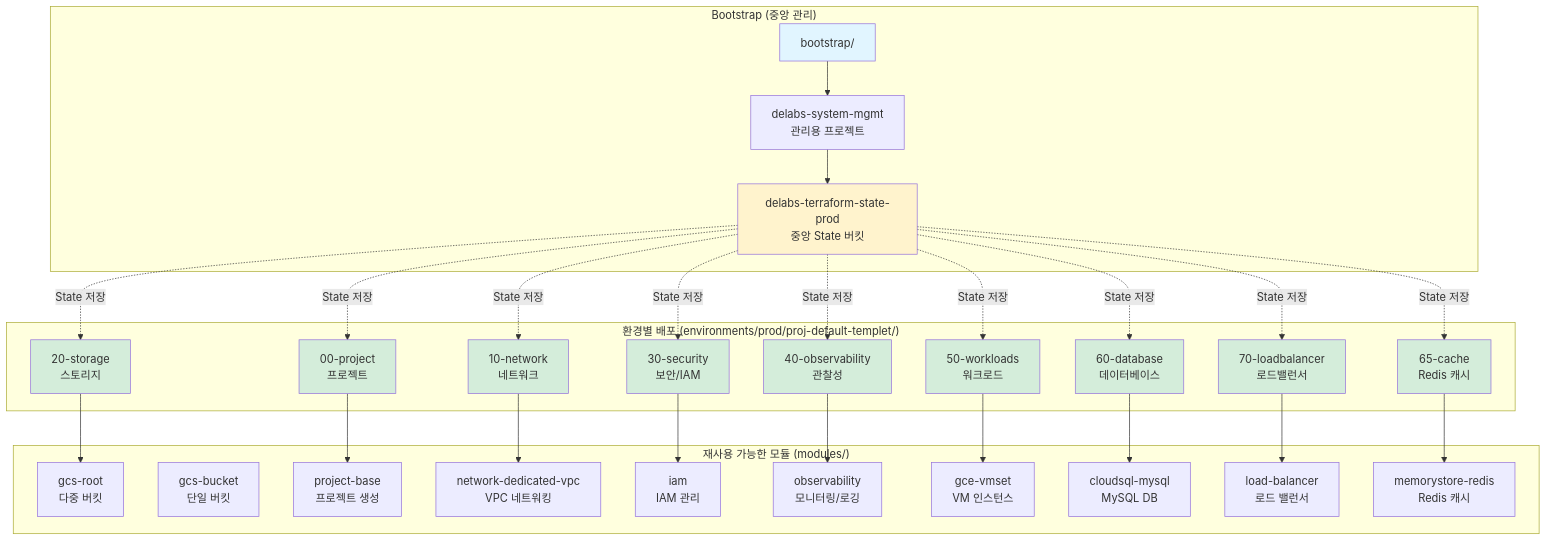
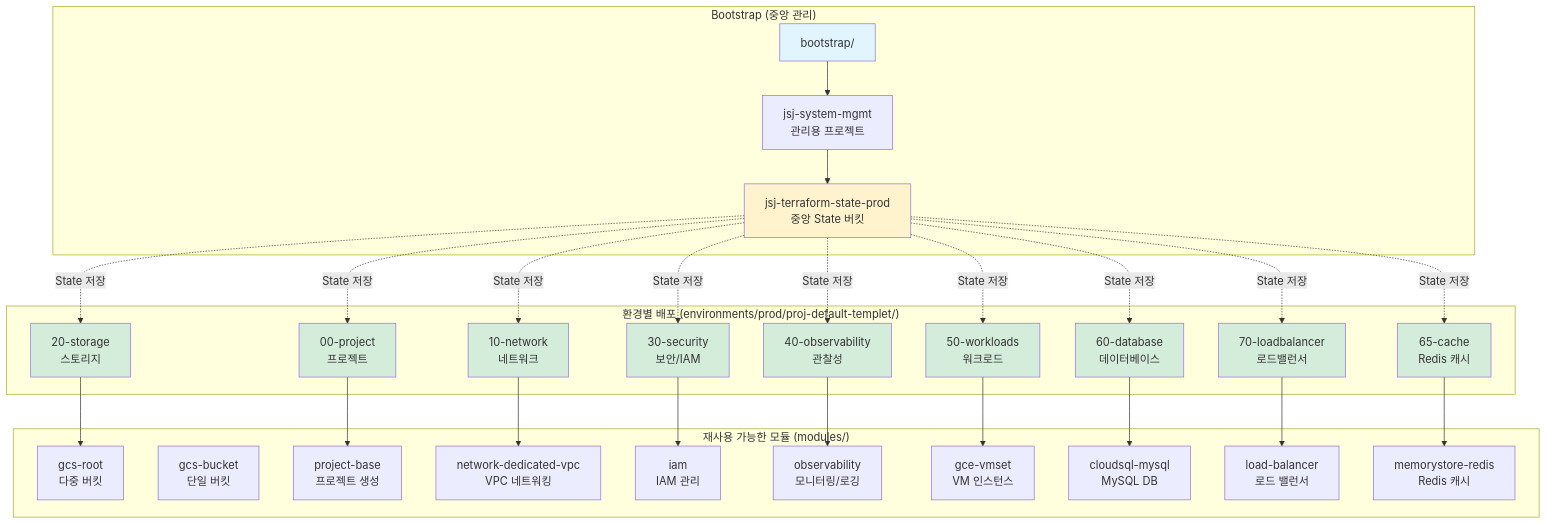
Before and after one commit to JSJ2337/GCP_terraform_code: the first of 9 diagrams in terraform_gcp_infra/01_ARCHITECTURE.md, drawn with Mermaid. The commit also changed other lines of this file and 5 other files, not shown here.

First line of the commit message:
docs: 명칭 통일(jsj-system-mgmt/jsj-terraform-state-prod) 및 bootstrap 옵션/적용 기록 추가

````diff
--- a/terraform_gcp_infra/01_ARCHITECTURE.md
+++ b/terraform_gcp_infra/01_ARCHITECTURE.md
@@ -18,67 +18,67 @@
 ```mermaid
 graph TB
     subgraph "Bootstrap (중앙 관리)"
         B[bootstrap/]
-        B_PROJ[delabs-system-mgmt<br/>관리용 프로젝트]
-        B_BUCKET[delabs-terraform-state-prod<br/>중앙 State 버킷]
+        B_PROJ[jsj-system-mgmt<br/>관리용 프로젝트]
+        B_BUCKET[jsj-terraform-state-prod<br/>중앙 State 버킷]
         B --> B_PROJ
         B_PROJ --> B_BUCKET
     end
 
     subgraph "재사용 가능한 모듈 (modules/)"
         M1[gcs-root<br/>다중 버킷]
         M2[gcs-bucket<br/>단일 버킷]
         M3[project-base<br/>프로젝트 생성]
         M4[network-dedicated-vpc<br/>VPC 네트워킹]
         M5[iam<br/>IAM 관리]
         M6[observability<br/>모니터링/로깅]
         M7[gce-vmset<br/>VM 인스턴스]
         M8[cloudsql-mysql<br/>MySQL DB]
         M9[load-balancer<br/>로드 밸런서]
         M10[memorystore-redis<br/>Redis 캐시]
     end
 
     subgraph "환경별 배포 (environments/prod/proj-default-templet/)"
         E0[00-project<br/>프로젝트]
         E1[10-network<br/>네트워크]
         E2[20-storage<br/>스토리지]
         E3[30-security<br/>보안/IAM]
         E4[40-observability<br/>관찰성]
         E5[50-workloads<br/>워크로드]
         E6[60-database<br/>데이터베이스]
         E7[65-cache<br/>Redis 캐시]
         E8[70-loadbalancer<br/>로드밸런서]
     end
 
     B_BUCKET -.State 저장.-> E0
     B_BUCKET -.State 저장.-> E1
     B_BUCKET -.State 저장.-> E2
     B_BUCKET -.State 저장.-> E3
     B_BUCKET -.State 저장.-> E4
     B_BUCKET -.State 저장.-> E5
     B_BUCKET -.State 저장.-> E6
     B_BUCKET -.State 저장.-> E7
     B_BUCKET -.State 저장.-> E8
 
     E0 --> M3
     E1 --> M4
     E2 --> M1
     E3 --> M5
     E4 --> M6
     E5 --> M7
     E6 --> M8
     E7 --> M10
     E8 --> M9
 
     style B fill:#e1f5ff
     style B_BUCKET fill:#fff3cd
     style E0 fill:#d4edda
     style E1 fill:#d4edda
     style E2 fill:#d4edda
     style E3 fill:#d4edda
     style E4 fill:#d4edda
     style E5 fill:#d4edda
     style E6 fill:#d4edda
     style E7 fill:#d4edda
     style E8 fill:#d4edda
 ```
````
